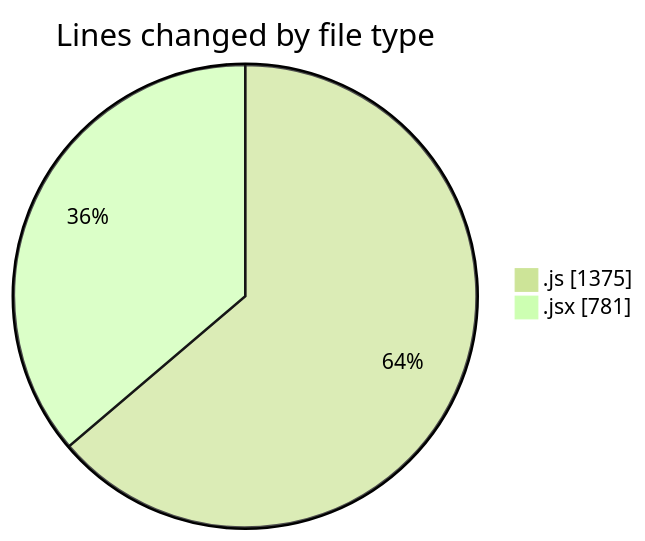
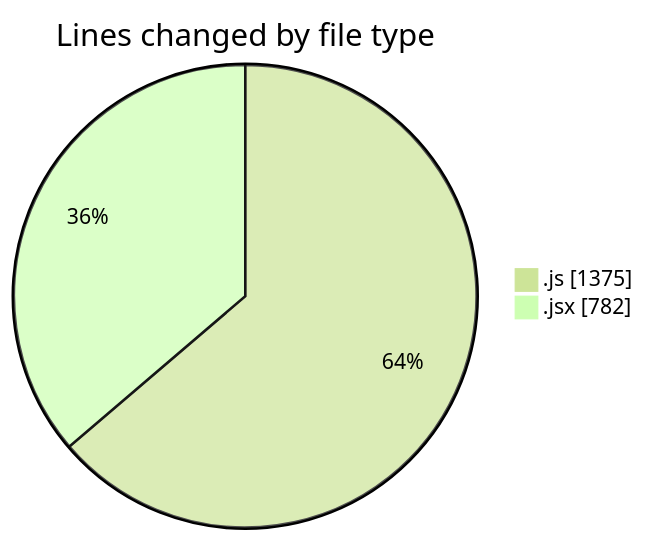
Before and after one commit to nxtqubesakshisongat/code-tracking: the first of 2 diagrams in 2025-07-29/nxtqube_webapp/README.md, drawn with Mermaid (forest theme). The commit also changed other lines of this file and 1 other file, not shown here.

````diff
--- a/2025-07-29/nxtqube_webapp/README.md
+++ b/2025-07-29/nxtqube_webapp/README.md
@@ -25,6 +25,6 @@
 ```mermaid
 pie showData
 title Lines changed by file type
 ".js" : 1375
-".jsx" : 781
+".jsx" : 782
 ```
````
